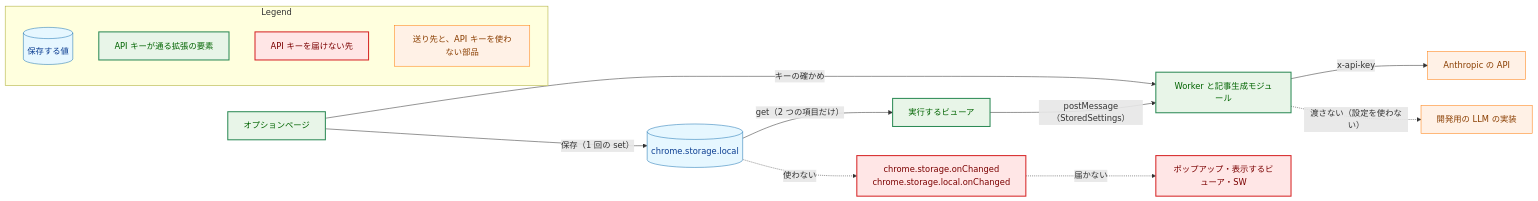
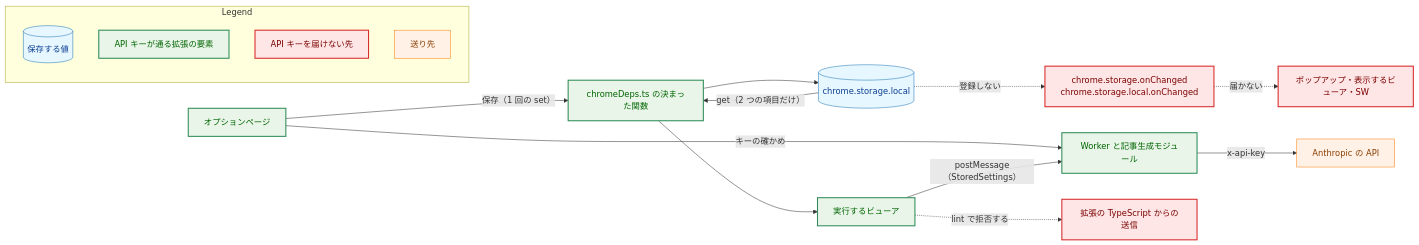
Before and after one commit to isseis/yt2column: the fifth of 8 diagrams in docs/tasks/0091_extension_only_migration/02_architecture.md, drawn with Mermaid. The commit also changed other lines of this file and 8 other files, not shown here.

First line of the commit message:
docs(0091): apply the architecture and prose review fixes

````diff
--- a/docs/tasks/0091_extension_only_migration/02_architecture.md
+++ b/docs/tasks/0091_extension_only_migration/02_architecture.md
@@ -605,41 +730,44 @@
 ```mermaid
 flowchart LR
     classDef data fill:#e6f7ff,stroke:#1f77b4,stroke-width:1px,color:#0b3d91;
     classDef enhanced fill:#e8f5e8,stroke:#2e8b57,stroke-width:2px,color:#006400;
     classDef problem fill:#ffe6e6,stroke:#d62728,stroke-width:2px,color:#7b0000;
     classDef process fill:#fff1e6,stroke:#ff7f0e,stroke-width:1px,color:#8a3e00;
 
     OPT["オプションページ"]
+    DEPS["chromeDeps.ts の決まった関数"]
     LOCAL[("chrome.storage.local")]
     RUN["実行するビューア"]
     WORKER["Worker と記事生成モジュール"]
     API["Anthropic の API"]
     CHG["chrome.storage.onChanged<br>chrome.storage.local.onChanged"]
     OTHERS["ポップアップ・表示するビューア・SW"]
-    DEVB["開発用の LLM の実装"]
+    TSNET["拡張の TypeScript からの送信"]
 
-    OPT -->|"保存（1 回の set）"| LOCAL
+    OPT -->|"保存（1 回の set）"| DEPS
+    DEPS --> LOCAL
     OPT -->|"キーの確かめ"| WORKER
-    LOCAL -->|"get（2 つの項目だけ）"| RUN
+    LOCAL -->|"get（2 つの項目だけ）"| DEPS
+    DEPS --> RUN
     RUN -->|"postMessage（StoredSettings）"| WORKER
     WORKER -->|"x-api-key"| API
-    LOCAL -.->|"使わない"| CHG
+    LOCAL -.->|"登録しない"| CHG
     CHG -.->|"届かない"| OTHERS
-    WORKER -.->|"渡さない（設定を使わない）"| DEVB
+    RUN -.->|"lint で拒否する"| TSNET
 
     class LOCAL data
-    class OPT,RUN,WORKER enhanced
-    class CHG,OTHERS problem
-    class API,DEVB process
+    class OPT,DEPS,RUN,WORKER enhanced
+    class CHG,OTHERS,TSNET problem
+    class API process
 
     subgraph Legend["Legend"]
         L1[("保存する値")]
         L2["API キーが通る拡張の要素"]
         L3["API キーを届けない先"]
-        L4["送り先と、API キーを使わない部品"]
+        L4["送り先"]
     end
     class L1 data
     class L2 enhanced
     class L3 problem
     class L4 process
 ```
````
